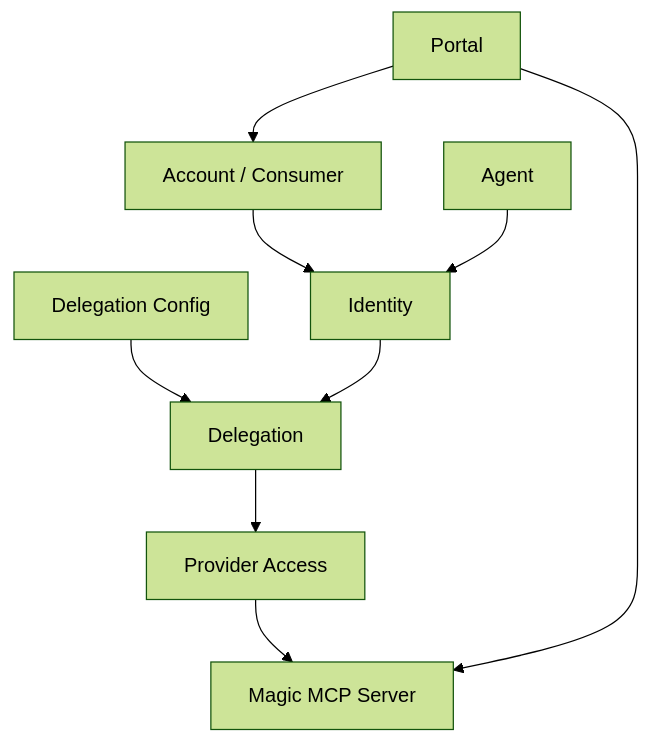
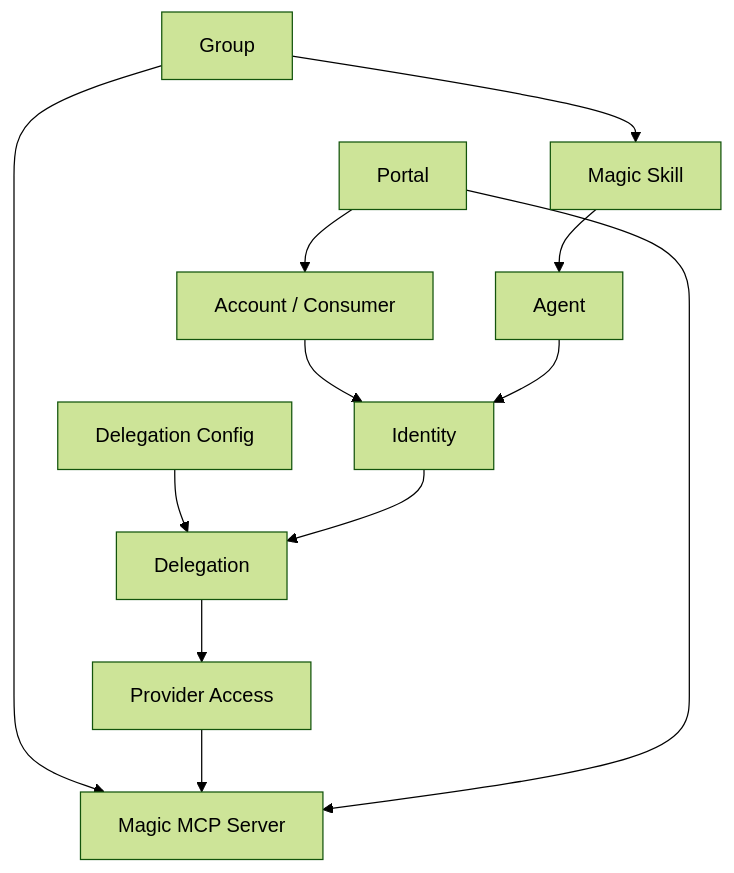
Before and after one commit to metorial/docs: the diagram in product-workforce.mdx, drawn with Mermaid (forest theme). The commit also changed other lines of this file and 13 other files, not shown here.

````diff
--- a/product-workforce.mdx
+++ b/product-workforce.mdx
@@ -40,20 +89,25 @@
 ```mermaid
 flowchart TD
   Account["Account / Consumer"]
   Agent["Agent"]
   Identity["Identity"]
   Delegation["Delegation"]
   Config["Delegation Config"]
   Provider["Provider Access"]
   Magic["Magic MCP Server"]
   Portal["Portal"]
+  Skill["Magic Skill"]
+  Group["Group"]
 
   Account --> Identity
   Agent --> Identity
   Config --> Delegation
   Identity --> Delegation
   Delegation --> Provider
+  Group --> Skill
+  Group --> Magic
   Provider --> Magic
   Portal --> Account
   Portal --> Magic
+  Skill --> Agent
 ```
````
